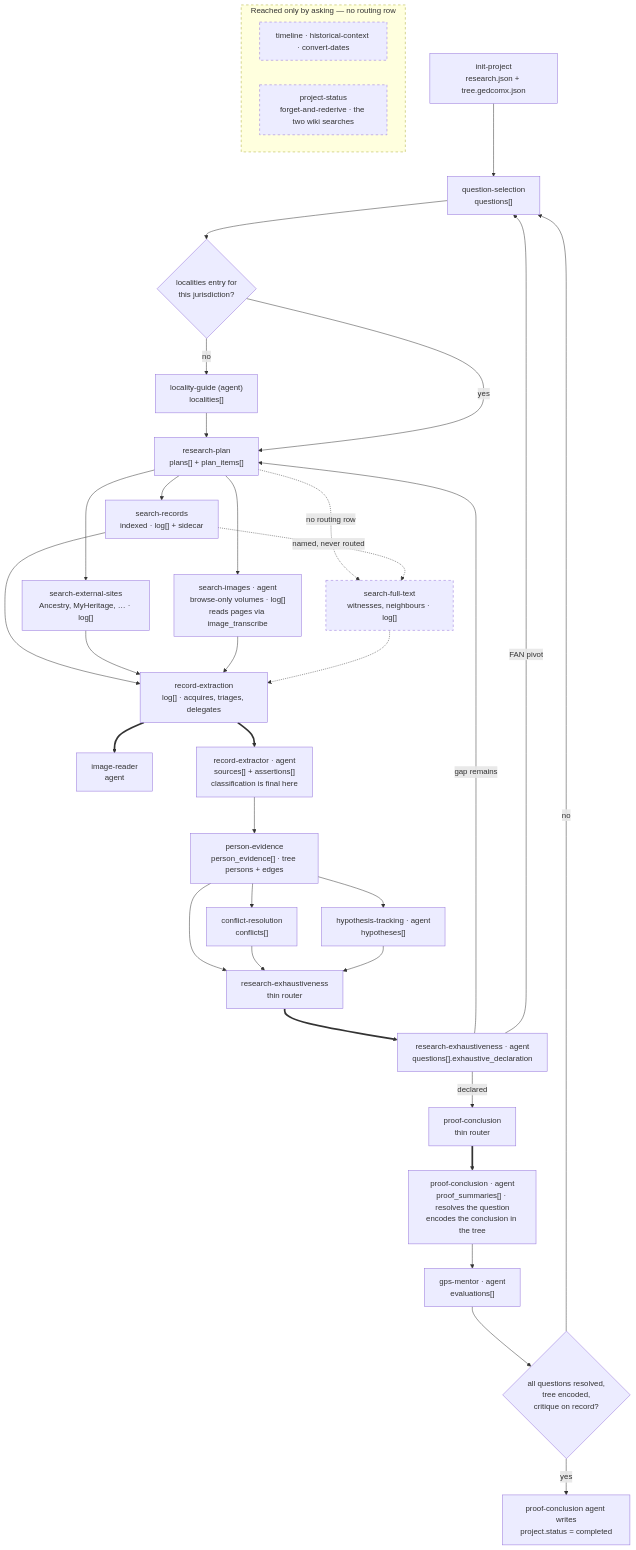
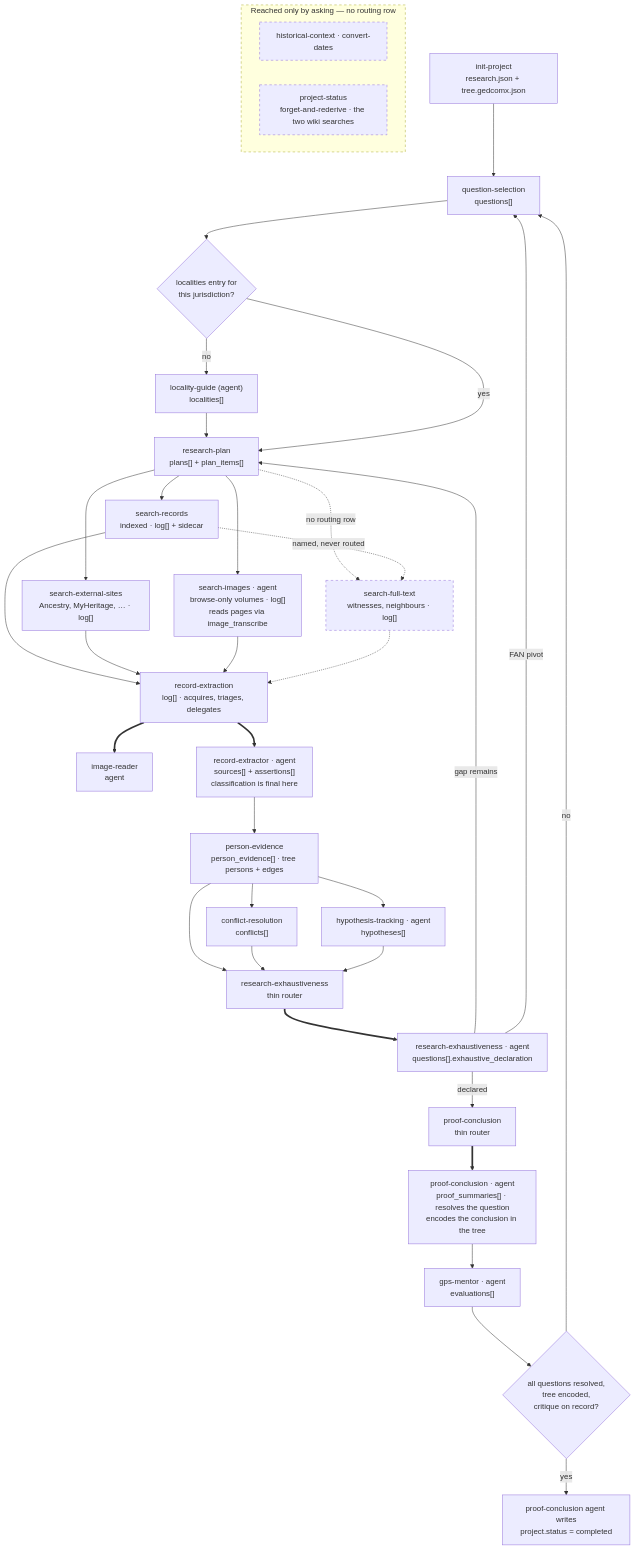
The diagram in docs/skill-dataflow.md (PioneerAIAcademy/cowork-genealogy), drawn with Mermaid before and after one commit. The commit also changed other lines of this file and 31 other files, not shown here.

````diff
--- a/docs/skill-dataflow.md
+++ b/docs/skill-dataflow.md
@@ -65,51 +65,51 @@
 ```mermaid
 flowchart TD
     IP["init-project<br/>research.json + tree.gedcomx.json"] --> QS
     QS["question-selection<br/>questions[]"] --> LOCGATE
     LOCGATE{"localities entry for<br/>this jurisdiction?"}
     LOCGATE -- no --> LG["locality-guide (agent)<br/>localities[]"] --> RP
     LOCGATE -- yes --> RP["research-plan<br/>plans[] + plan_items[]"]
 
     RP --> SR["search-records<br/>indexed · log[] + sidecar"]
     RP --> SE["search-external-sites<br/>Ancestry, MyHeritage, … · log[]"]
     RP --> SIA["search-images · agent<br/>browse-only volumes · log[]<br/>reads pages via image_transcribe"]
     RP -.->|"no routing row"| SF["search-full-text<br/>witnesses, neighbours · log[]"]
     SR -.->|"named, never routed"| SF
     RE ==> IR["image-reader<br/>agent"]
 
     SR --> RE
     SE --> RE
     SIA --> RE
     SF -.-> RE
     RE["record-extraction<br/>log[] · acquires, triages, delegates"]
     RE ==> RX["record-extractor · agent<br/>sources[] + assertions[]<br/>classification is final here"]
 
     RX --> PE["person-evidence<br/>person_evidence[] · tree persons + edges"]
     PE --> CR["conflict-resolution<br/>conflicts[]"]
     PE --> HT["hypothesis-tracking · agent<br/>hypotheses[]"]
     PE --> EX
     CR --> EX
     HT --> EX
 
     EX["research-exhaustiveness<br/>thin router"]
     EX ==> EXA["research-exhaustiveness · agent<br/>questions[].exhaustive_declaration"]
     EXA -- "gap remains" --> RP
     EXA -- "FAN pivot" --> QS
     EXA -- "declared" --> PC
 
     PC["proof-conclusion<br/>thin router"]
     PC ==> PCA["proof-conclusion · agent<br/>proof_summaries[] · resolves the question<br/>encodes the conclusion in the tree"]
     PCA --> GM["gps-mentor · agent<br/>evaluations[]"]
     GM --> GATE{"all questions resolved,<br/>tree encoded,<br/>critique on record?"}
     GATE -- no --> QS
     GATE -- yes --> DONE["proof-conclusion agent writes<br/>project.status = completed"]
 
     subgraph ASK ["Reached only by asking — no routing row"]
         direction LR
-        U1["timeline · historical-context · convert-dates"]
+        U1["historical-context · convert-dates"]
         U2["project-status<br/>forget-and-rederive · the two wiki searches"]
     end
 
     classDef unrouted stroke-dasharray: 5 5
     class SF,ASK,U1,U2 unrouted
 ```
````
